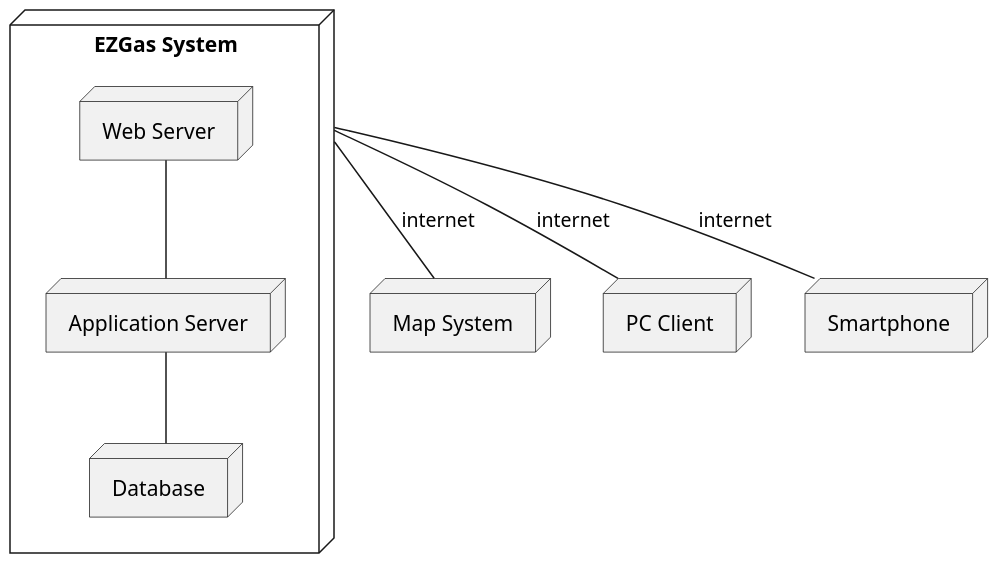
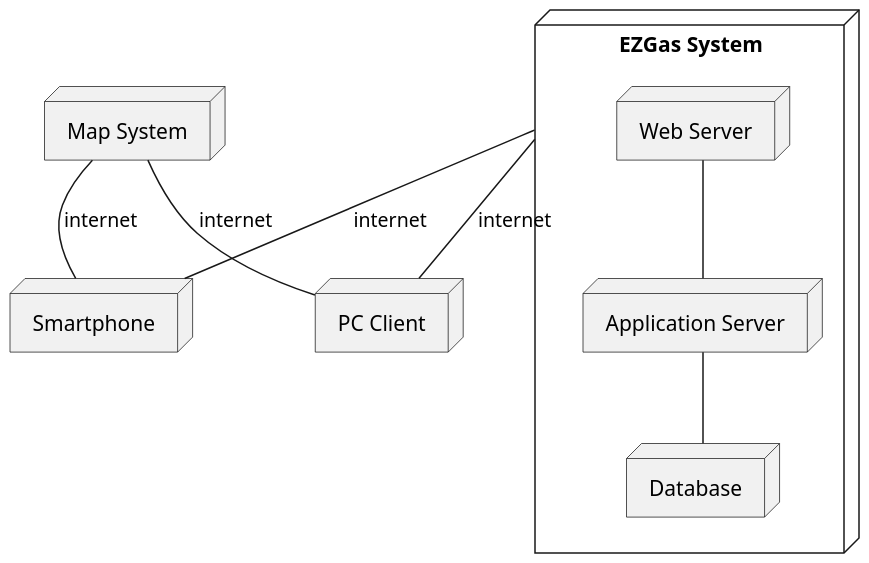
Before and after one commit to polito-se2-2020-team6/ezgas: the fifth of 5 diagrams in docs/RequirementsDocument.md, drawn with PlantUML. The commit also changed other lines of this file, not shown here.

````diff
--- a/docs/RequirementsDocument.md
+++ b/docs/RequirementsDocument.md
@@ -761,24 +761,24 @@
 ```plantuml
 @startuml
 scale 1.5
 
 node "EZGas System" as E {
 	node "Web Server" as W
 	node "Application Server" as A
 	node "Database" as D
 
 	W -- A
 	A -- D
 }
 node "Map System" as M
 
 node "PC Client" as P
 node "Smartphone" as S
 
-E -- M :"internet"
-
+M -- P :"internet"
+M -- S :"internet"
 E -- P :"internet"
 E -- S :"internet"
 
 @enduml
 ```
````
